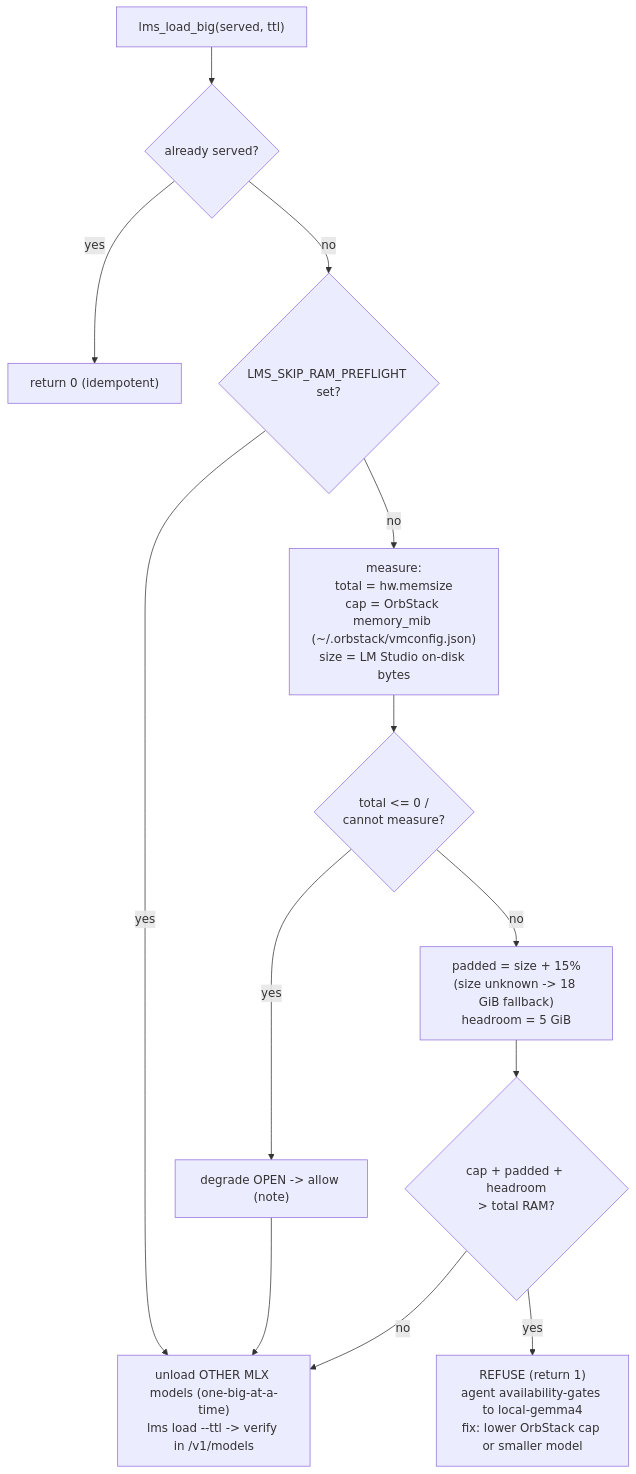
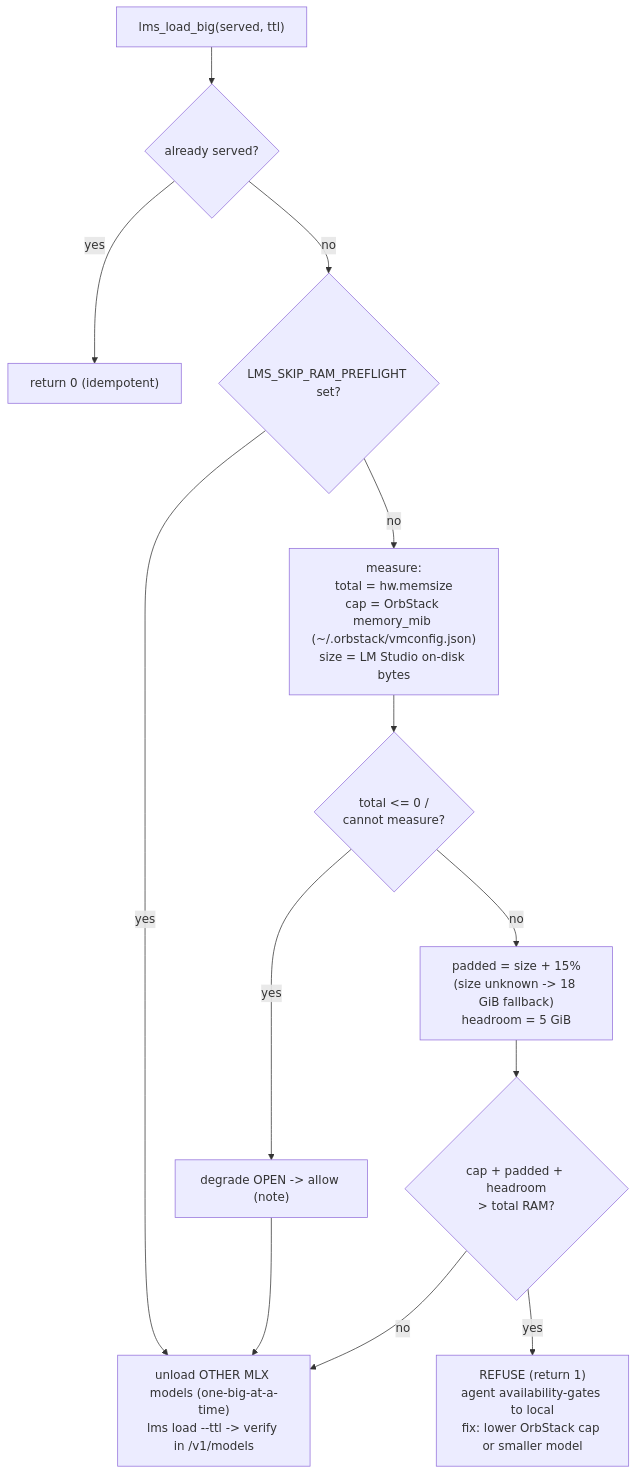
One commit to mayssamj/versatile-ai-stack changed the ninth of 21 diagrams in doc/DIAGRAMS.md. Above: the diagram before and after it, drawn with Mermaid. The commit also changed other lines of this file and 33 other files, not shown here.

````diff
--- a/doc/DIAGRAMS.md
+++ b/doc/DIAGRAMS.md
@@ -520,15 +519,15 @@
 ```mermaid
 flowchart TB
   L["lms_load_big(served, ttl)"] --> SV{already served?}
   SV -- yes --> IDEM["return 0 (idempotent)"]
   SV -- no --> SKIP{LMS_SKIP_RAM_PREFLIGHT set?}
   SKIP -- yes --> LOAD
   SKIP -- no --> MEAS["measure:<br/>total = hw.memsize<br/>cap = OrbStack memory_mib (~/.orbstack/vmconfig.json)<br/>size = LM Studio on-disk bytes"]
   MEAS --> FAIL{total <= 0 /<br/>cannot measure?}
   FAIL -- yes --> OPEN["degrade OPEN -> allow (note)"]
   OPEN --> LOAD
   FAIL -- no --> PAD["padded = size + 15%<br/>(size unknown -> 18 GiB fallback)<br/>headroom = 5 GiB"]
   PAD --> CHK{cap + padded + headroom<br/>> total RAM?}
-  CHK -- yes --> REFUSE["REFUSE (return 1)<br/>agent availability-gates to local-gemma4<br/>fix: lower OrbStack cap or smaller model"]
+  CHK -- yes --> REFUSE["REFUSE (return 1)<br/>agent availability-gates to local<br/>fix: lower OrbStack cap or smaller model"]
   CHK -- no --> LOAD["unload OTHER MLX models (one-big-at-a-time)<br/>lms load --ttl -> verify in /v1/models"]
 ```
````
